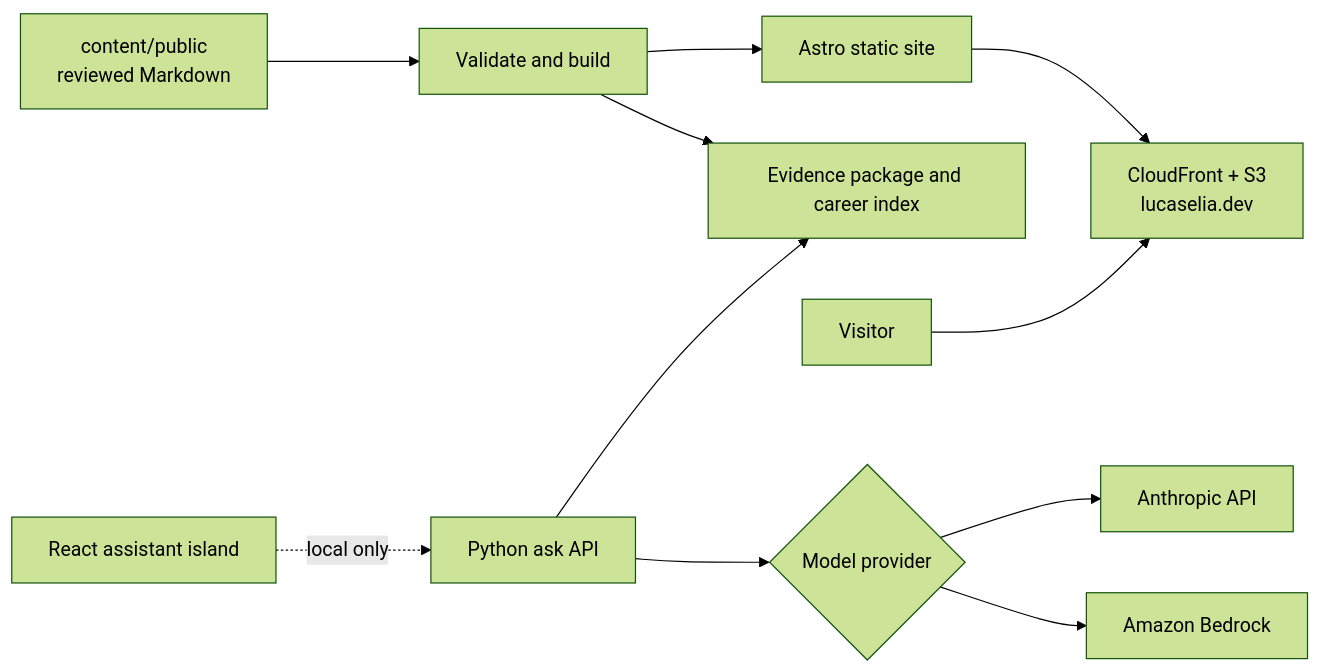
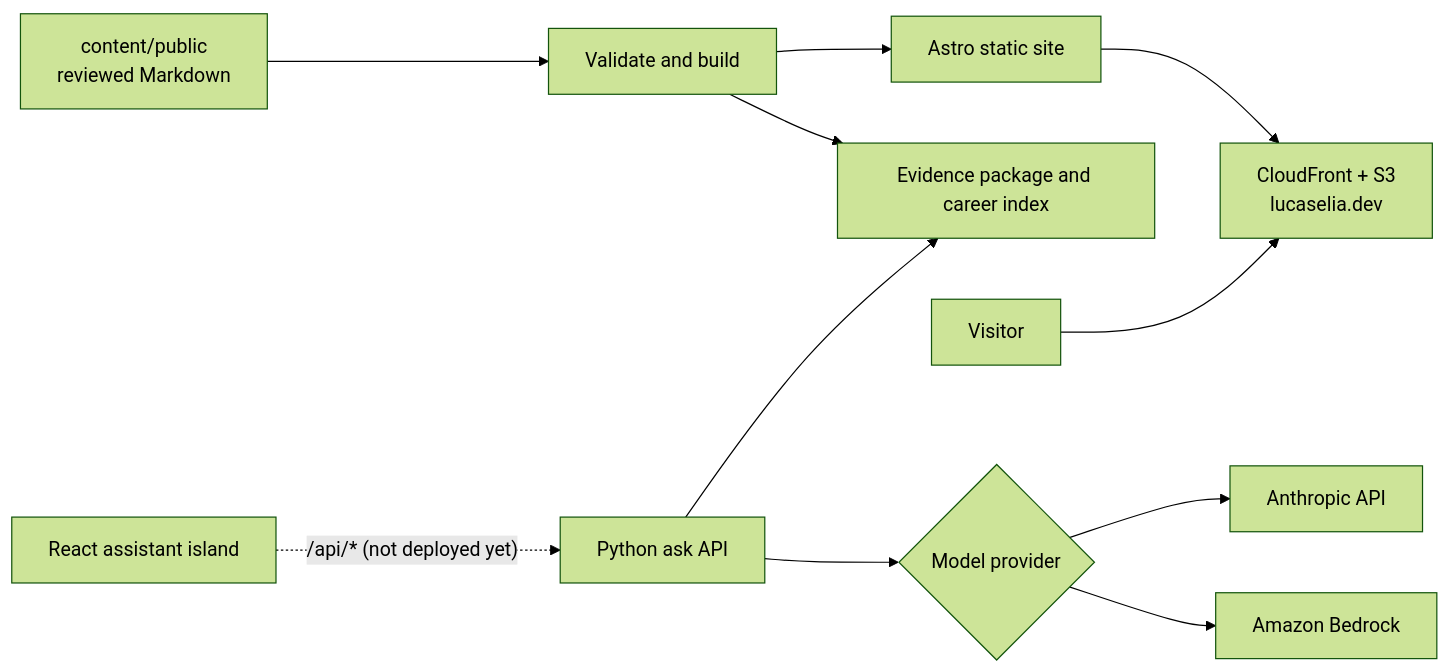
One commit to lucaselia10/lucaselia.dev changed the diagram in README.md. Above: the diagram before and after it, drawn with Mermaid (forest theme). The commit also changed other lines of this file and 69 other files, not shown here.

Commit message:
Add assistant stack, API behavior, and WAF rate limit

````diff
--- a/README.md
+++ b/README.md
@@ -28,13 +28,13 @@
 ```mermaid
 flowchart LR
   md["content/public<br/>reviewed Markdown"] --> build[Validate and build]
   build --> site[Astro static site]
   build --> evidence[Evidence package and career index]
   site --> cf["CloudFront + S3<br/>lucaselia.dev"]
   visitor[Visitor] --> cf
-  island[React assistant island] -. local only .-> api[Python ask API]
+  island[React assistant island] -. "/api/* (not deployed yet)" .-> api[Python ask API]
   api --> evidence
   api --> provider{Model provider}
   provider --> anthropic[Anthropic API]
   provider --> bedrock[Amazon Bedrock]
 ```
````
